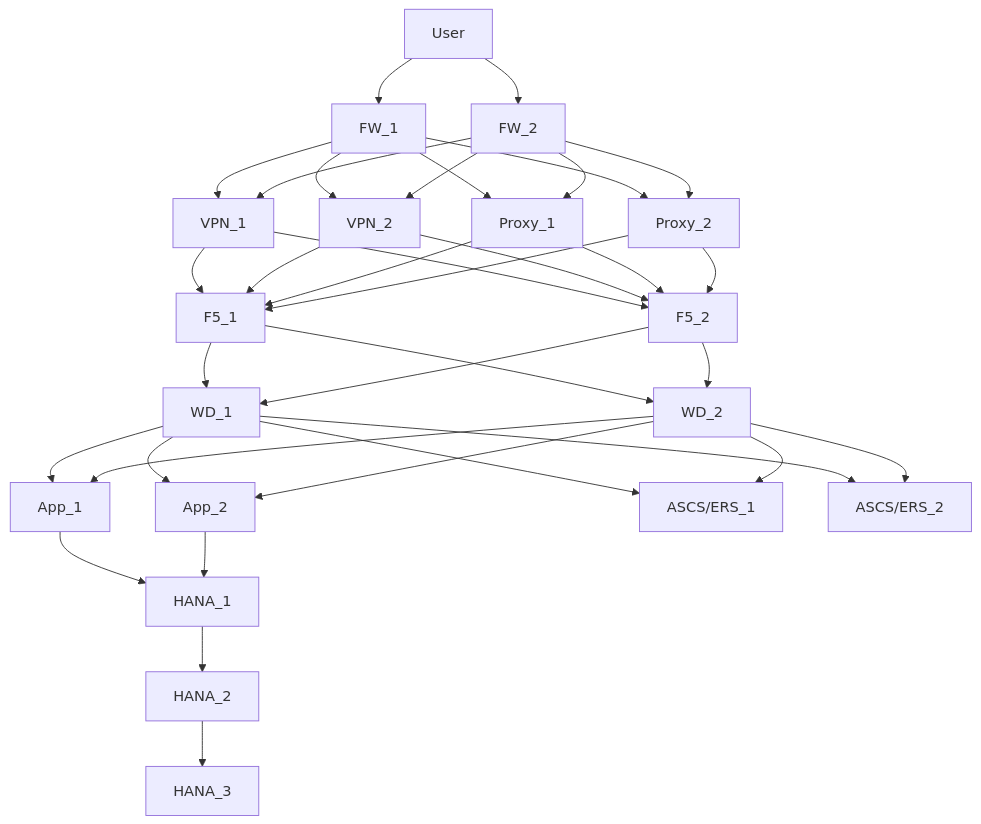
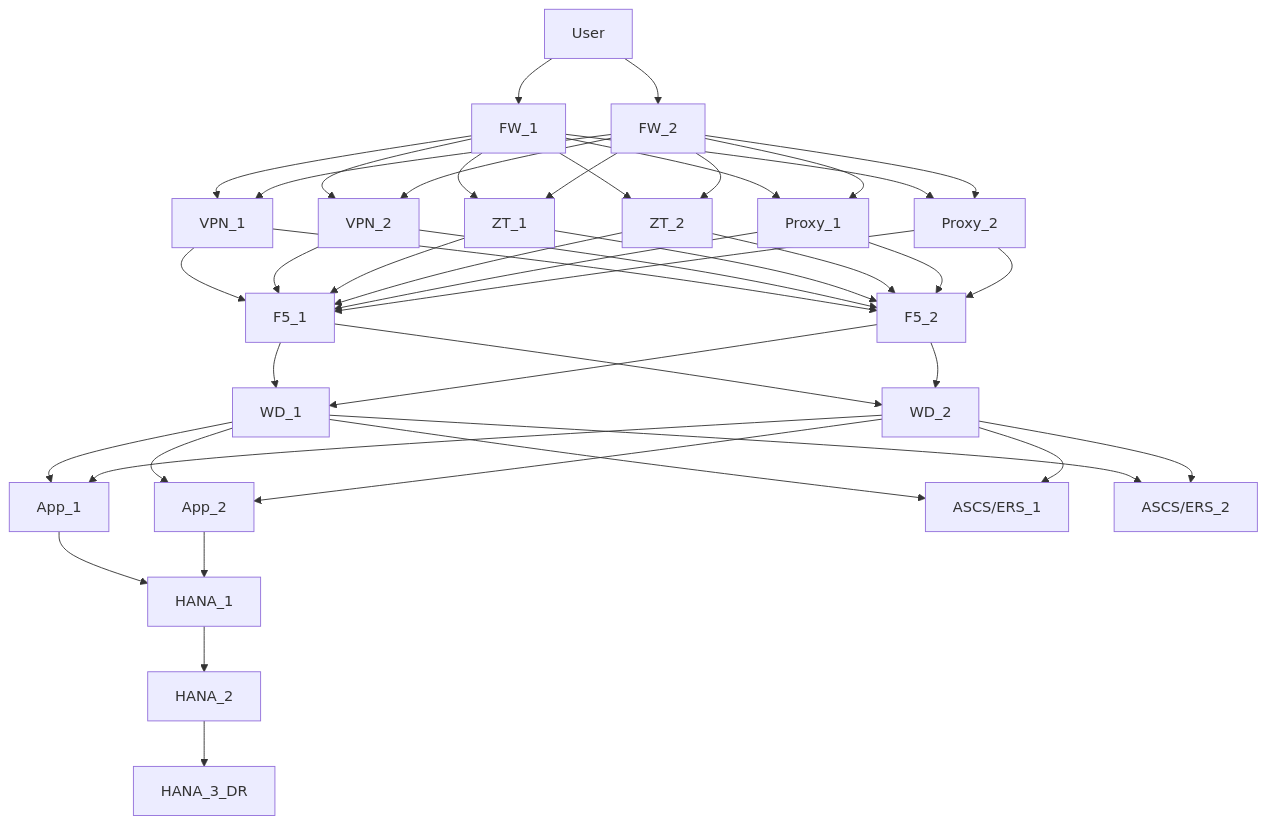
Before and after one commit to jauderho/sandbox: the second of 2 diagrams in mermaid/SAP.md, drawn with Mermaid. The commit also changed other lines of this file, not shown here.

````diff
--- a/mermaid/SAP.md
+++ b/mermaid/SAP.md
@@ -20,14 +22,16 @@
 ```mermaid
   flowchart TD
   User-->FW_1 & FW_2
   FW_1 & FW_2-->VPN_1 & VPN_2
+  FW_1 & FW_2-->ZT_1 & ZT_2
   FW_1 & FW_2-->Proxy_1 & Proxy_2
   VPN_1 & VPN_2-->F5_1 & F5_2
+  ZT_1 & ZT_2-->F5_1 & F5_2
   Proxy_1 & Proxy_2-->F5_1 & F5_2
   F5_1 & F5_2-->WD_1 & WD_2
   WD_1 & WD_2-->App_1 & App_2
   WD_1 & WD_2-->ASCS/ERS_1 & ASCS/ERS_2
   App_1 & App_2-->HANA_1
   HANA_1-->HANA_2
-  HANA_2-->HANA_3
+  HANA_2-->HANA_3_DR
 ```
````
